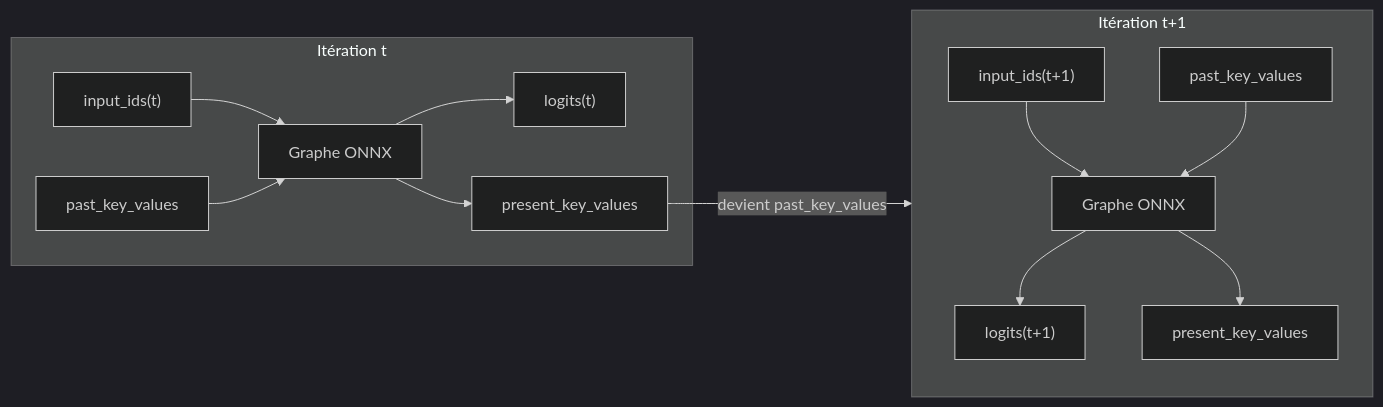
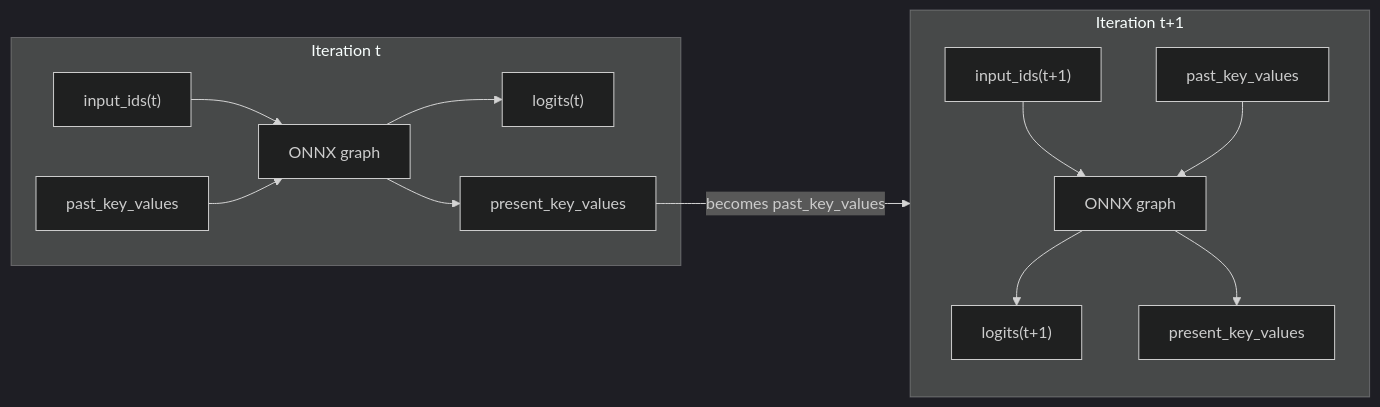
The fifth of 6 diagrams in docs/explain/onnx.md (ADORSYS-GIS/Custom-Ai-Ops), drawn with Mermaid (dark theme) before and after one commit. The commit also changed other lines of this file, not shown here.

````diff
--- a/docs/explain/onnx.md
+++ b/docs/explain/onnx.md
@@ -171,16 +171,16 @@
 ```mermaid
 flowchart LR
-    subgraph T1["Itération t"]
-        IN1["input_ids(t)"] --> G1["Graphe ONNX"]
+    subgraph T1["Iteration t"]
+        IN1["input_ids(t)"] --> G1["ONNX graph"]
         PK1["past_key_values"] --> G1
         G1 --> LOG1["logits(t)"]
         G1 --> PR1["present_key_values"]
     end
-    PR1 -->|"devient past_key_values"| T2
-    subgraph T2["Itération t+1"]
-        IN2["input_ids(t+1)"] --> G2["Graphe ONNX"]
+    PR1 -->|"becomes past_key_values"| T2
+    subgraph T2["Iteration t+1"]
+        IN2["input_ids(t+1)"] --> G2["ONNX graph"]
         PK2["past_key_values"] --> G2
         G2 --> LOG2["logits(t+1)"]
         G2 --> PR2["present_key_values"]
     end
 ```
````
